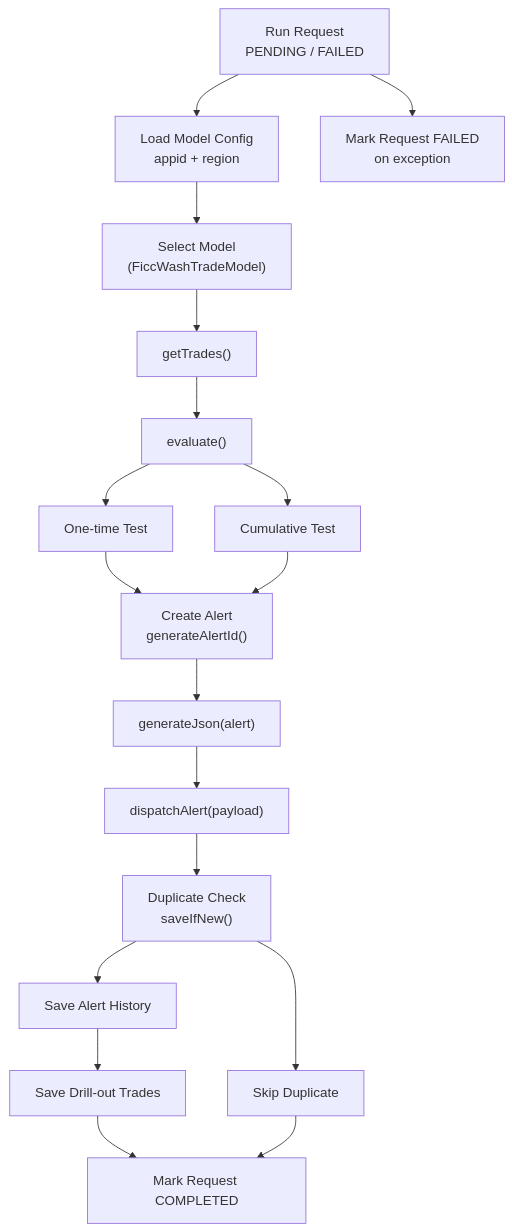
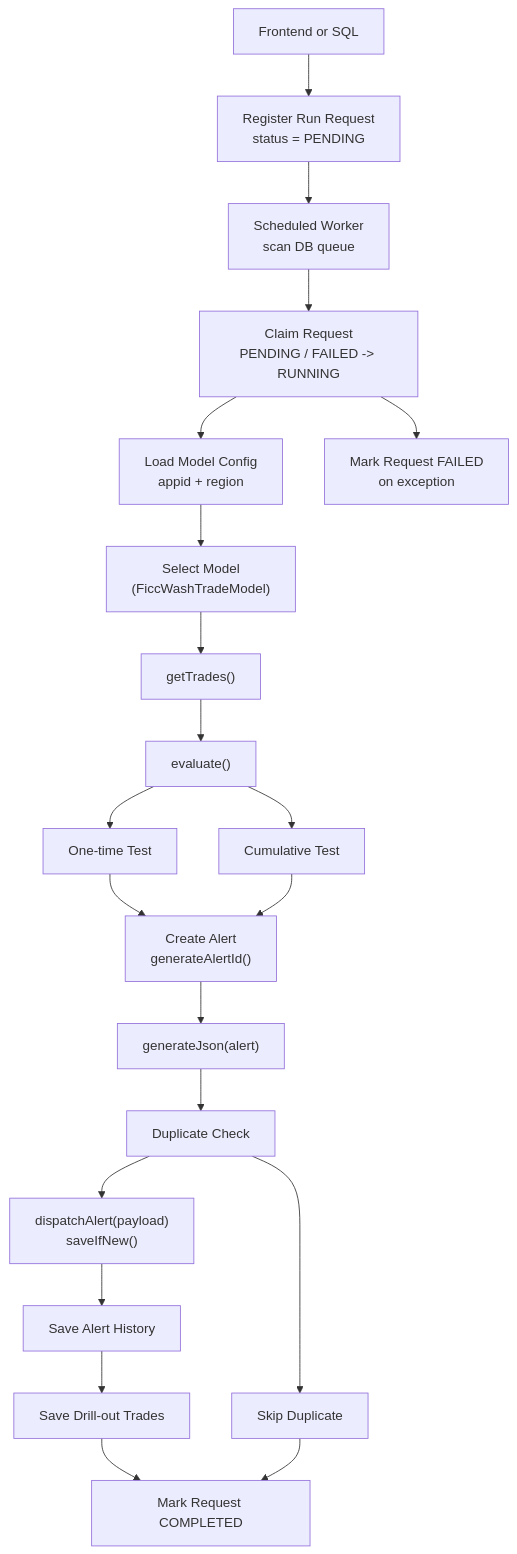
One commit to KiBeomLee16/Ficc_WashModel changed the diagram in README.md. Above: the diagram before and after it, drawn with Mermaid. The commit also changed other lines of this file and 24 other files, not shown here.

````diff
--- a/README.md
+++ b/README.md
@@ -51,26 +58,29 @@
 ```mermaid
 flowchart TD
-    A["Run Request<br/>PENDING / FAILED"] --> B["Load Model Config<br/>appid + region"]
-    B --> C["Select Model<br/>(FiccWashTradeModel)"]
-    C --> D["getTrades()"]
-    D --> E["evaluate()"]
+    A["Frontend or SQL"] --> B["Register Run Request<br/>status = PENDING"]
+    B --> C["Scheduled Worker<br/>scan DB queue"]
+    C --> D["Claim Request<br/>PENDING / FAILED -> RUNNING"]
+    D --> E["Load Model Config<br/>appid + region"]
+    E --> F["Select Model<br/>(FiccWashTradeModel)"]
+    F --> G["getTrades()"]
+    G --> H["evaluate()"]
 
-    E --> F["One-time Test"]
-    E --> G["Cumulative Test"]
+    H --> I["One-time Test"]
+    H --> J["Cumulative Test"]
 
-    F --> H["Create Alert<br/>generateAlertId()"]
-    G --> H
+    I --> K["Create Alert<br/>generateAlertId()"]
+    J --> K
 
-    H --> I["generateJson(alert)"]
-    I --> J["dispatchAlert(payload)"]
-    J --> K["Duplicate Check<br/>saveIfNew()"]
+    K --> L["generateJson(alert)"]
+    L --> M["Duplicate Check"]
+    M --> N["dispatchAlert(payload)<br/>saveIfNew()"]
 
-    K --> L["Save Alert History"]
-    L --> M["Save Drill-out Trades"]
-    M --> N["Mark Request COMPLETED"]
+    N --> O["Save Alert History"]
+    O --> P["Save Drill-out Trades"]
+    P --> Q["Mark Request COMPLETED"]
 
-    K --> O["Skip Duplicate"]
-    O --> N
+    M --> R["Skip Duplicate"]
+    R --> Q
 
-    A --> P["Mark Request FAILED<br/>on exception"]
+    D --> S["Mark Request FAILED<br/>on exception"]
 ```
````
